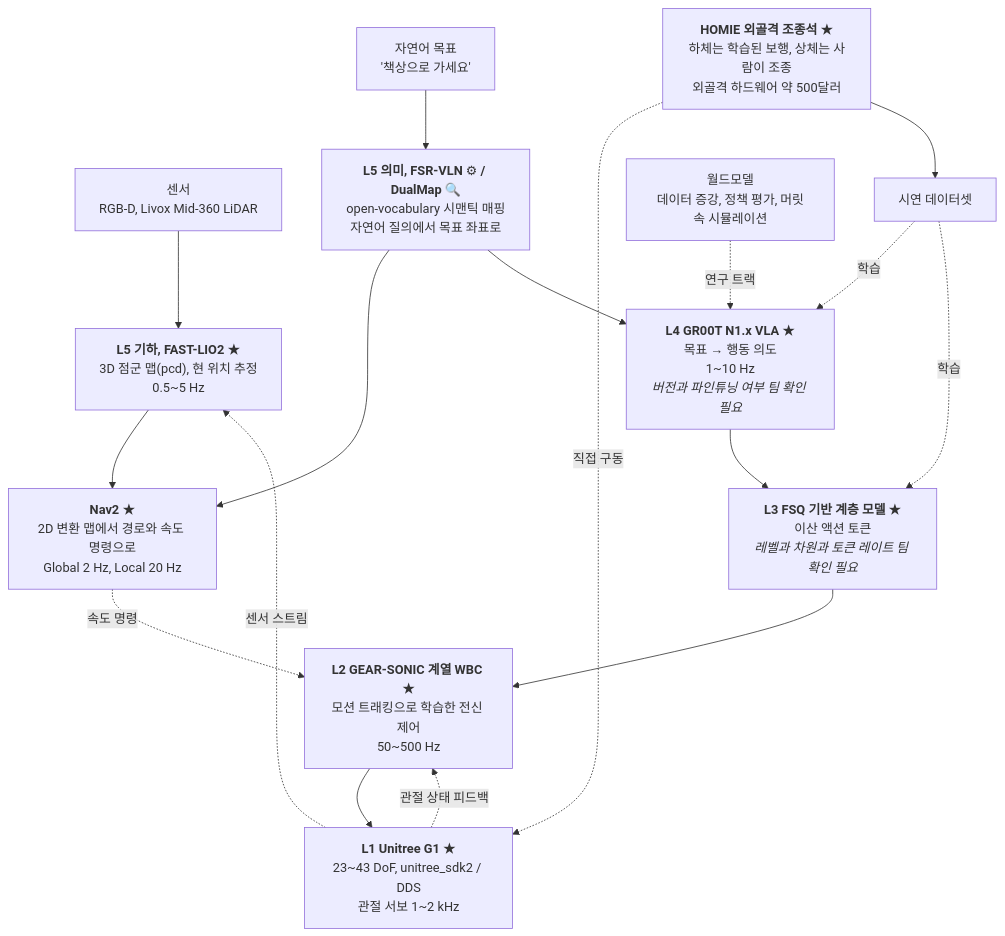
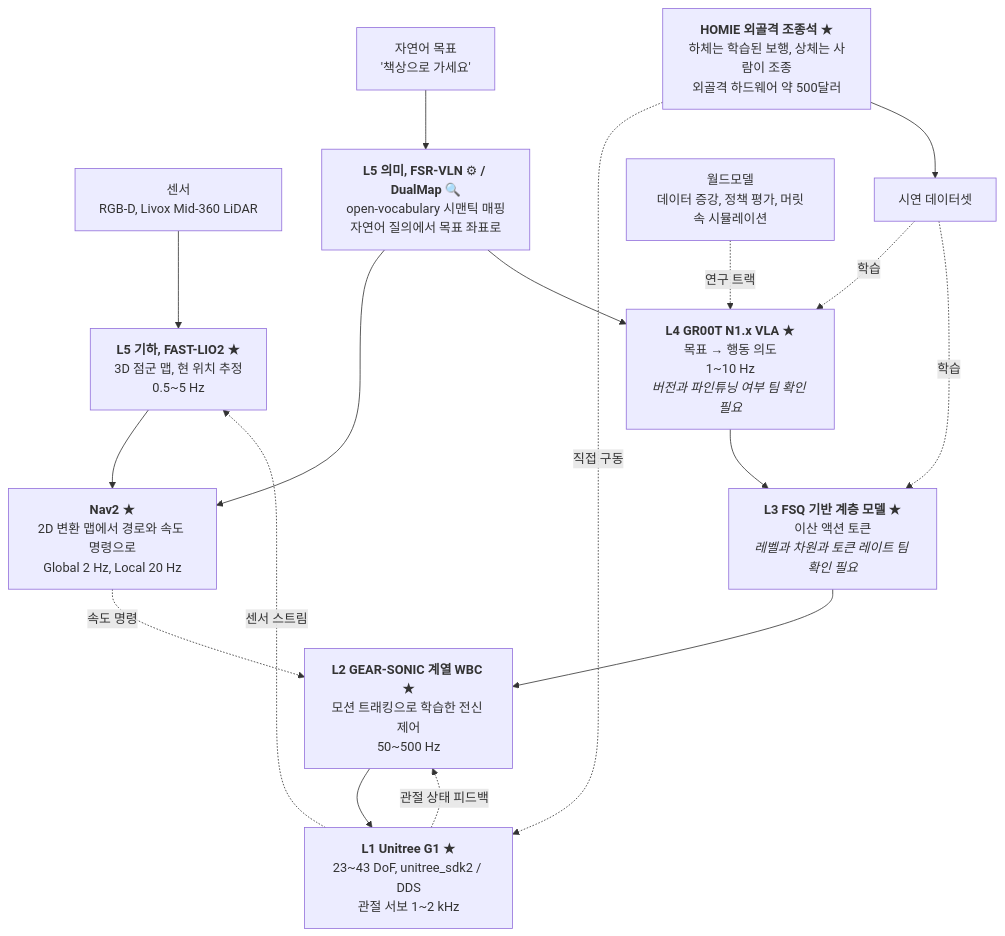
The third of 4 diagrams in course/w1-generative-core/01-physical-ai-landscape/lesson.md (sguys99/physical-ai-study), drawn with Mermaid before and after one commit. The commit also changed other lines of this file and 4 other files, not shown here.

````diff
--- a/course/w1-generative-core/01-physical-ai-landscape/lesson.md
+++ b/course/w1-generative-core/01-physical-ai-landscape/lesson.md
@@ -551,24 +551,24 @@
 ```mermaid
 flowchart TB
     SENS["센서<br/>RGB-D, Livox Mid-360 LiDAR"] --> GEO
     GOAL["자연어 목표<br/>'책상으로 가세요'"] --> SEM
-    GEO["<b>L5 기하, FAST-LIO2</b> ★<br/>3D 점군 맵(pcd), 현 위치 추정<br/>0.5~5 Hz"]
+    GEO["<b>L5 기하, FAST-LIO2</b> ★<br/>3D 점군 맵, 현 위치 추정<br/>0.5~5 Hz"]
     SEM["<b>L5 의미, FSR-VLN</b> ⚙ <b>/ DualMap</b> 🔍<br/>open-vocabulary 시맨틱 매핑<br/>자연어 질의에서 목표 좌표로"]
     GEO --> NAV
     SEM --> NAV
     SEM --> L4
     NAV["<b>Nav2</b> ★<br/>2D 변환 맵에서 경로와 속도 명령으로<br/>Global 2 Hz, Local 20 Hz"]
     L4["<b>L4 GR00T N1.x VLA</b> ★<br/>목표 → 행동 의도<br/>1~10 Hz<br/><i>버전과 파인튜닝 여부 팀 확인 필요</i>"]
     L4 --> L3["<b>L3 FSQ 기반 계층 모델</b> ★<br/>이산 액션 토큰<br/><i>레벨과 차원과 토큰 레이트 팀 확인 필요</i>"]
     L3 --> L2["<b>L2 GEAR-SONIC 계열 WBC</b> ★<br/>모션 트래킹으로 학습한 전신 제어<br/>50~500 Hz"]
     NAV -. 속도 명령 .-> L2
     L2 --> L1["<b>L1 Unitree G1</b> ★<br/>23~43 DoF, unitree_sdk2 / DDS<br/>관절 서보 1~2 kHz"]
     L1 -. 관절 상태 피드백 .-> L2
     L1 -. 센서 스트림 .-> GEO
 
     HOMIE["<b>HOMIE 외골격 조종석</b> ★<br/>하체는 학습된 보행, 상체는 사람이 조종<br/>외골격 하드웨어 약 500달러"] -. 직접 구동 .-> L1
     HOMIE --> DATA["시연 데이터셋"]
     DATA -. 학습 .-> L4
     DATA -. 학습 .-> L3
     WM["월드모델<br/>데이터 증강, 정책 평가, 머릿속 시뮬레이션"] -. 연구 트랙 .-> L4
 ```
````
